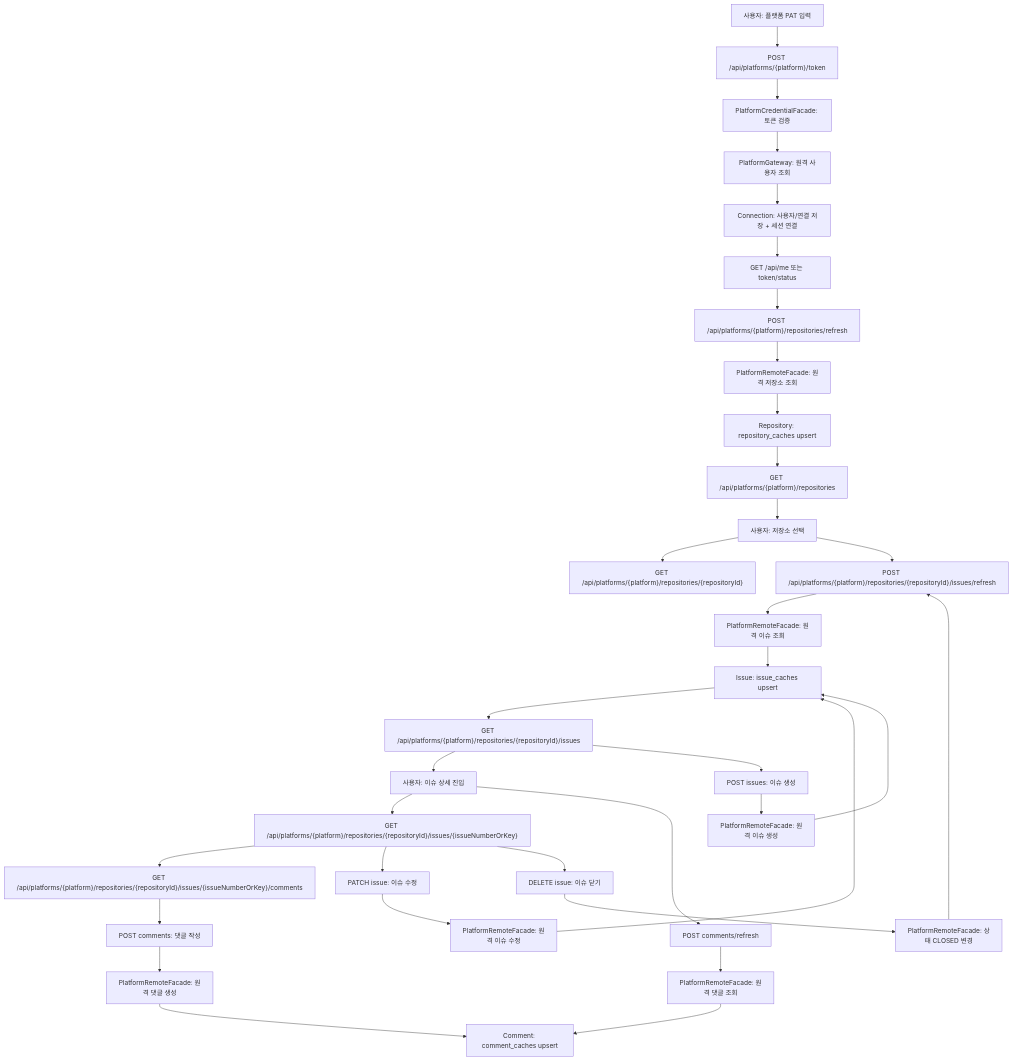
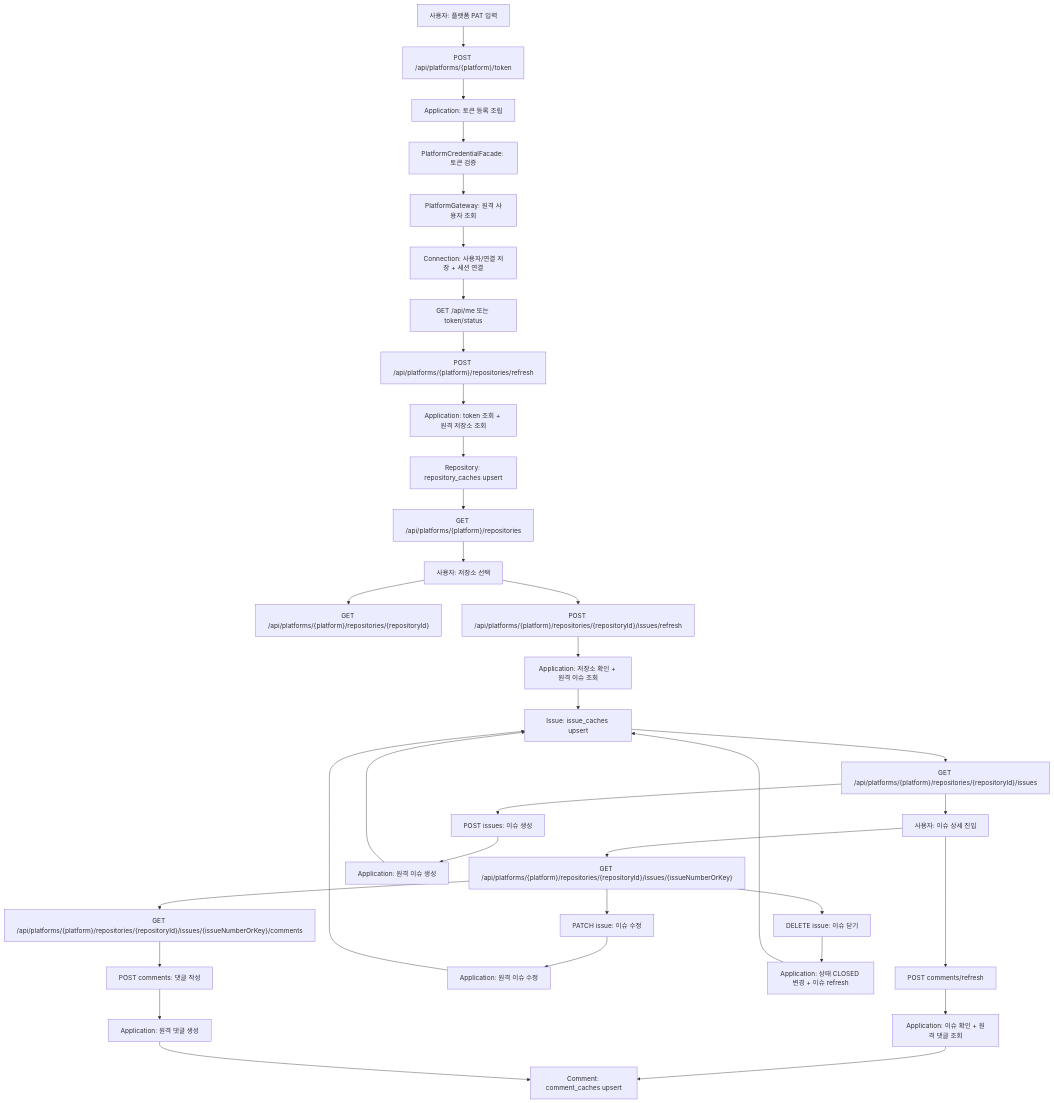
The first of 2 diagrams in docs/10-main-use-case-flow.md (Jungwoook/github-issue-manager), drawn with Mermaid before and after one commit. The commit also changed other lines of this file and 10 other files, not shown here.

````diff
--- a/docs/10-main-use-case-flow.md
+++ b/docs/10-main-use-case-flow.md
@@ -40,36 +42,37 @@
 ```mermaid
 flowchart TD
     A["사용자: 플랫폼 PAT 입력"] --> B["POST /api/platforms/{platform}/token"]
-    B --> C["PlatformCredentialFacade: 토큰 검증"]
-    C --> D["PlatformGateway: 원격 사용자 조회"]
-    D --> E["Connection: 사용자/연결 저장 + 세션 연결"]
-    E --> F["GET /api/me 또는 token/status"]
-    F --> G["POST /api/platforms/{platform}/repositories/refresh"]
-    G --> H["PlatformRemoteFacade: 원격 저장소 조회"]
-    H --> I["Repository: repository_caches upsert"]
-    I --> J["GET /api/platforms/{platform}/repositories"]
-    J --> K["사용자: 저장소 선택"]
-    K --> L["GET /api/platforms/{platform}/repositories/{repositoryId}"]
-    K --> M["POST /api/platforms/{platform}/repositories/{repositoryId}/issues/refresh"]
-    M --> N["PlatformRemoteFacade: 원격 이슈 조회"]
-    N --> O["Issue: issue_caches upsert"]
-    O --> P["GET /api/platforms/{platform}/repositories/{repositoryId}/issues"]
-    P --> Q["사용자: 이슈 상세 진입"]
-    Q --> R["GET /api/platforms/{platform}/repositories/{repositoryId}/issues/{issueNumberOrKey}"]
-    R --> S["GET /api/platforms/{platform}/repositories/{repositoryId}/issues/{issueNumberOrKey}/comments"]
-    Q --> T["POST comments/refresh"]
-    T --> U["PlatformRemoteFacade: 원격 댓글 조회"]
-    U --> V["Comment: comment_caches upsert"]
-    P --> W["POST issues: 이슈 생성"]
-    W --> X["PlatformRemoteFacade: 원격 이슈 생성"]
-    X --> O
-    R --> Y["PATCH issue: 이슈 수정"]
-    Y --> Z["PlatformRemoteFacade: 원격 이슈 수정"]
-    Z --> O
-    R --> AA["DELETE issue: 이슈 닫기"]
-    AA --> AB["PlatformRemoteFacade: 상태 CLOSED 변경"]
-    AB --> M
-    S --> AC["POST comments: 댓글 작성"]
-    AC --> AD["PlatformRemoteFacade: 원격 댓글 생성"]
-    AD --> V
+    B --> C["Application: 토큰 등록 조립"]
+    C --> D["PlatformCredentialFacade: 토큰 검증"]
+    D --> E["PlatformGateway: 원격 사용자 조회"]
+    E --> F["Connection: 사용자/연결 저장 + 세션 연결"]
+    F --> G["GET /api/me 또는 token/status"]
+    G --> H["POST /api/platforms/{platform}/repositories/refresh"]
+    H --> I["Application: token 조회 + 원격 저장소 조회"]
+    I --> J["Repository: repository_caches upsert"]
+    J --> K["GET /api/platforms/{platform}/repositories"]
+    K --> L["사용자: 저장소 선택"]
+    L --> M["GET /api/platforms/{platform}/repositories/{repositoryId}"]
+    L --> N["POST /api/platforms/{platform}/repositories/{repositoryId}/issues/refresh"]
+    N --> O["Application: 저장소 확인 + 원격 이슈 조회"]
+    O --> P["Issue: issue_caches upsert"]
+    P --> Q["GET /api/platforms/{platform}/repositories/{repositoryId}/issues"]
+    Q --> R["사용자: 이슈 상세 진입"]
+    R --> S["GET /api/platforms/{platform}/repositories/{repositoryId}/issues/{issueNumberOrKey}"]
+    S --> T["GET /api/platforms/{platform}/repositories/{repositoryId}/issues/{issueNumberOrKey}/comments"]
+    R --> U["POST comments/refresh"]
+    U --> V["Application: 이슈 확인 + 원격 댓글 조회"]
+    V --> W["Comment: comment_caches upsert"]
+    Q --> X["POST issues: 이슈 생성"]
+    X --> Y["Application: 원격 이슈 생성"]
+    Y --> P
+    S --> Z["PATCH issue: 이슈 수정"]
+    Z --> AA["Application: 원격 이슈 수정"]
+    AA --> P
+    S --> AB["DELETE issue: 이슈 닫기"]
+    AB --> AC["Application: 상태 CLOSED 변경 + 이슈 refresh"]
+    AC --> P
+    T --> AD["POST comments: 댓글 작성"]
+    AD --> AE["Application: 원격 댓글 생성"]
+    AE --> W
 ```
````
